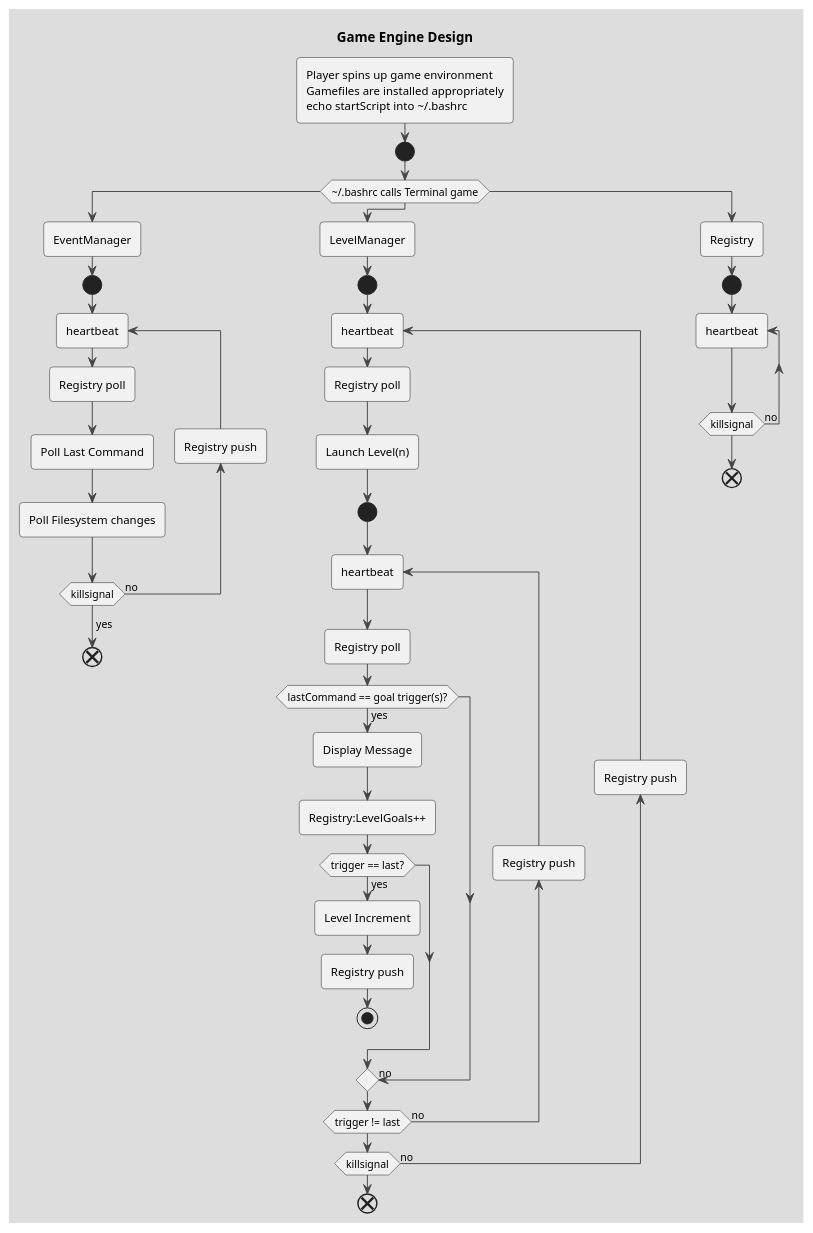
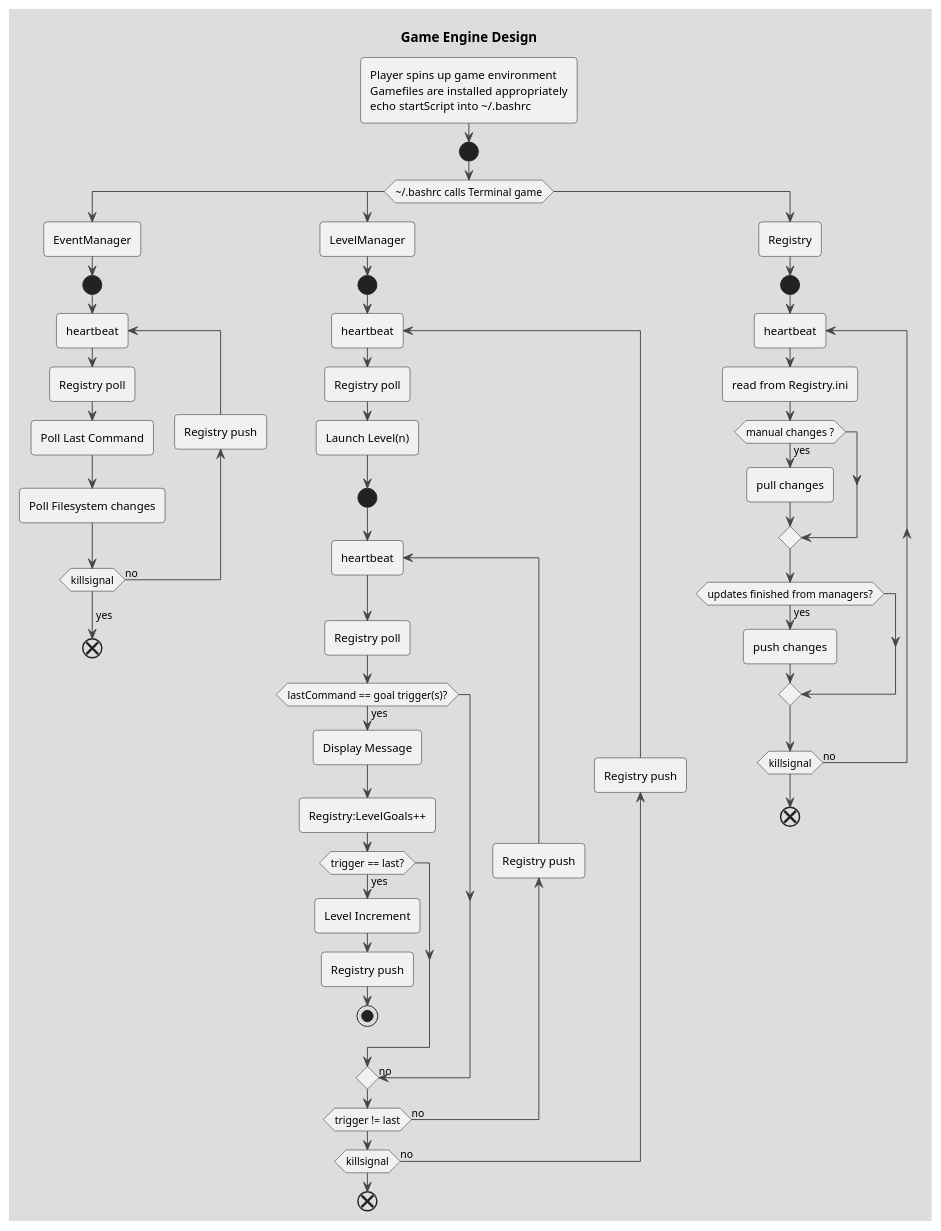
One commit to bRitch022/terminal-thegame changed the third of 4 diagrams in TerminalGameDesign.wsd. Above: the diagram before and after it, drawn with PlantUML.

Commit message:
Updated game design

```diff
--- a/TerminalGameDesign.wsd
+++ b/TerminalGameDesign.wsd
@@ -134,71 +134,78 @@
 @startuml FlowChat
 title Game Engine Design
 !theme toy
 :Player spins up game environment
 Gamefiles are installed appropriately
 echo startScript into \~/.bashrc;
 start
 ' :\~/.bashrc calls Terminal game;
 switch(\~/.bashrc calls Terminal game)
 ' switch (startScript calls)
 ' case ()
 '     :PlayerManager
 '     Background process;
 '     start
 '     repeat
 '         :Registry poll;
 '         :Perform Player logic;
 '         backward:Registry push;
 '     repeat while (killsignal) is (no)
 '         ->yes;
 '     end
 case ()
     :EventManager;
     start
     repeat:heartbeat
         :Registry poll;
         :Poll Last Command;
         :Poll Filesystem changes;
         backward:Registry push;
     repeat while (killsignal) is (no)
         ->yes;
     end
 case ()
     :LevelManager;
     start
     repeat:heartbeat
         :Registry poll;
         :Launch Level(n);
         start
         repeat:heartbeat
         :Registry poll;
         if (lastCommand == goal trigger(s)?) then (yes)
             :Display Message;
             :Registry:LevelGoals++;
             if (trigger == last?) then (yes)
                 :Level Increment;
                 :Registry push;
                 stop
             else
                 ->no;
             endif
         else
             ->no;
         endif
         backward:Registry push;
         repeat while (trigger != last) is (no)
 
     backward:Registry push;
     repeat while (killsignal) is (no)
     end
 case ()
     :Registry;
     start
     repeat:heartbeat
+        :read from Registry.ini;
+        if(manual changes ?) then (yes)
+            :pull changes;
+        endif
 
+        if(updates finished from managers?) then (yes)
+            :push changes;
+        endif
     repeat while (killsignal) is (no)
 
     end
 endswitch
 
 @enduml
```
